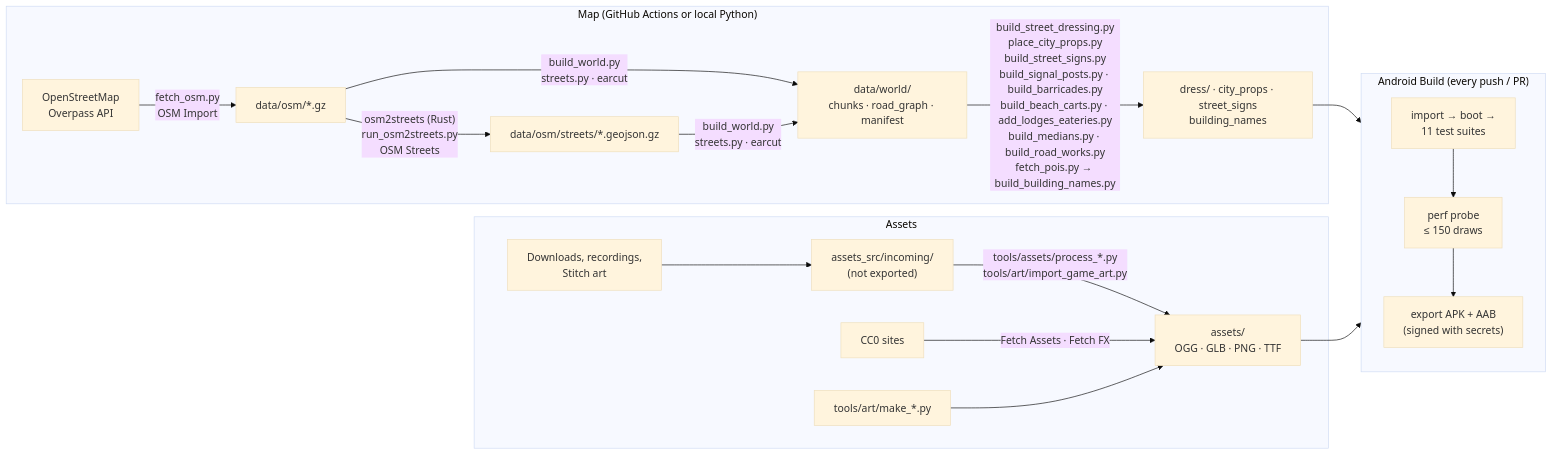
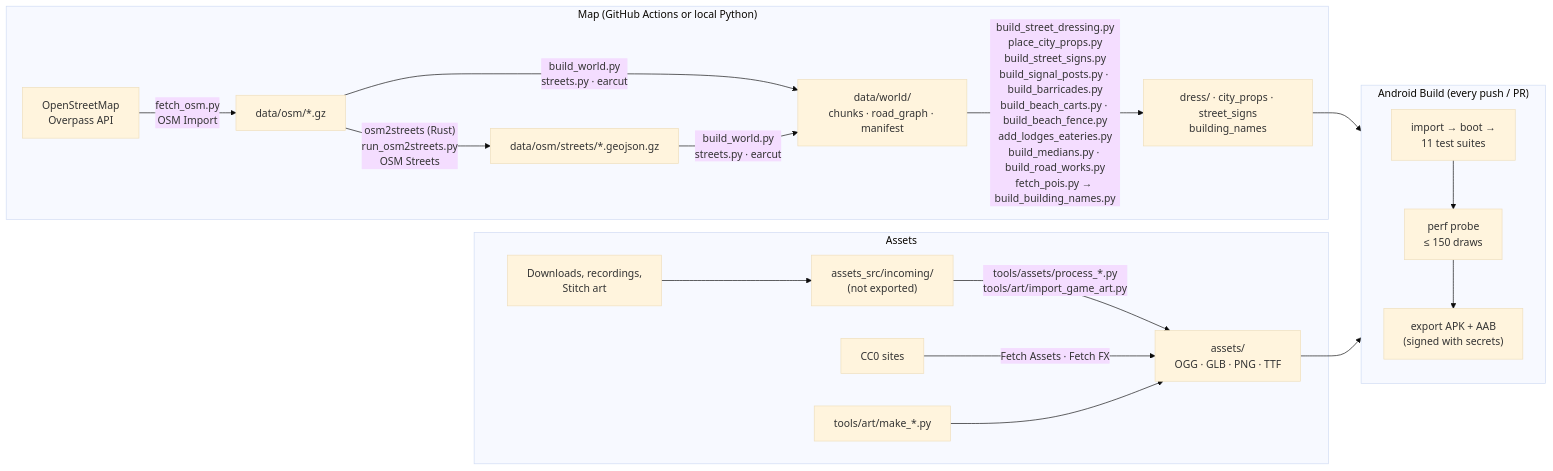
The second of 2 diagrams in README.md (DavidRajPaul/Auto-Simulator-Game-GoDot), drawn with Mermaid (base theme) before and after one commit. The commit also changed other lines of this file and 32 other files, not shown here.

````diff
--- a/README.md
+++ b/README.md
@@ -232,20 +232,20 @@
 ```mermaid
 flowchart LR
   subgraph Map["Map (GitHub Actions or local Python)"]
     OSM["OpenStreetMap<br/>Overpass API"] -->|"fetch_osm.py<br/>OSM Import"| RAW["data/osm/*.gz"]
     RAW -->|"osm2streets (Rust)<br/>run_osm2streets.py<br/>OSM Streets"| LANES["data/osm/streets/*.geojson.gz"]
     RAW & LANES -->|"build_world.py<br/>streets.py · earcut"| WD["data/world/<br/>chunks · road_graph · manifest"]
-    WD -->|"build_street_dressing.py<br/>place_city_props.py<br/>build_street_signs.py<br/>build_signal_posts.py · build_barricades.py<br/>build_beach_carts.py · add_lodges_eateries.py<br/>build_medians.py · build_road_works.py<br/>fetch_pois.py → build_building_names.py"| WD2["dress/ · city_props · street_signs<br/>building_names"]
+    WD -->|"build_street_dressing.py<br/>place_city_props.py<br/>build_street_signs.py<br/>build_signal_posts.py · build_barricades.py<br/>build_beach_carts.py · build_beach_fence.py<br/>add_lodges_eateries.py<br/>build_medians.py · build_road_works.py<br/>fetch_pois.py → build_building_names.py"| WD2["dress/ · city_props · street_signs<br/>building_names"]
   end
   subgraph Art["Assets"]
     DL["Downloads, recordings,<br/>Stitch art"] --> INC["assets_src/incoming/<br/>(not exported)"]
     INC -->|"tools/assets/process_*.py<br/>tools/art/import_game_art.py"| ASSETS["assets/<br/>OGG · GLB · PNG · TTF"]
     CC0["CC0 sites"] -->|"Fetch Assets · Fetch FX"| ASSETS
     GEN["tools/art/make_*.py"] --> ASSETS
   end
   subgraph CI["Android Build (every push / PR)"]
     T["import → boot →<br/>11 test suites"] --> P["perf probe<br/>≤ 150 draws"] --> E["export APK + AAB<br/>(signed with secrets)"]
   end
   WD2 --> CI
   ASSETS --> CI
 ```
````
